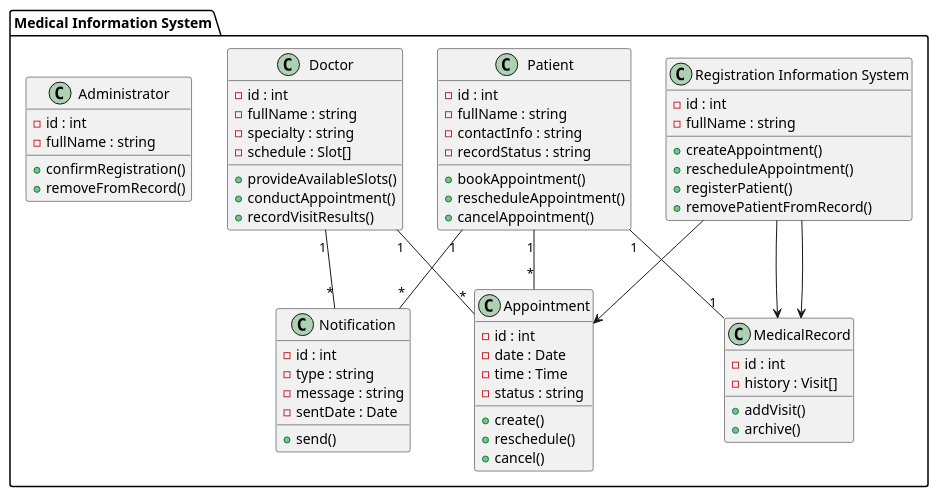
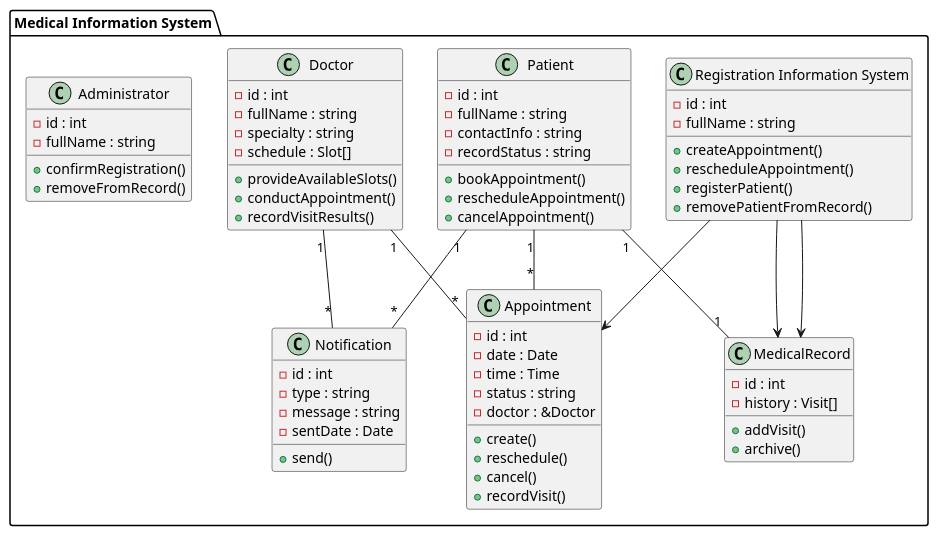
The diagram in class_diagram.puml (penamarth/bsbo-13-23_team3_var3_clinic), drawn with PlantUML before and after one commit.

Commit message:
Update    class_diagram.puml      class Appointment
class Appointment
Добавлена ссылка на врача.
Добавлена функция фиксации факта приёма.

```diff
--- a/class_diagram.puml
+++ b/class_diagram.puml
@@ -1,74 +1,76 @@
-@startuml class_diagram
+@startuml
 package "Medical Information System" {
 class Patient {
   - id : int
   - fullName : string
   - contactInfo : string
   - recordStatus : string
   + bookAppointment()
   + rescheduleAppointment()
   + cancelAppointment()
 }
 
 class "Registration Information System" {
   - id : int
   - fullName : string
   + createAppointment()
   + rescheduleAppointment()
   + registerPatient()
   + removePatientFromRecord()
 }
 
 class Doctor {
   - id : int
   - fullName : string
   - specialty : string
   - schedule : Slot[]
   + provideAvailableSlots()
   + conductAppointment()
   + recordVisitResults()
 }
 
 class Administrator {
   - id : int
   - fullName : string
   + confirmRegistration()
   + removeFromRecord()
 }
 
 class Appointment {
   - id : int
   - date : Date
   - time : Time
   - status : string
+  - doctor : &Doctor
   + create()
   + reschedule()
   + cancel()
+  + recordVisit()
 }
 
 class MedicalRecord {
   - id : int
   - history : Visit[]
   + addVisit()
   + archive()
 }
 
 class Notification {
   - id : int
   - type : string
   - message : string
   - sentDate : Date
   + send()
 }
 
 Patient "1" -- "1" MedicalRecord
 Patient "1" -- "*" Appointment
 Doctor "1" -- "*" Appointment
 Patient "1" -- "*" Notification
 Doctor "1" -- "*" Notification
 
 "Registration Information System" --> Appointment
 "Registration Information System" --> MedicalRecord
 "Registration Information System" --> MedicalRecord
 }
 @enduml
```
